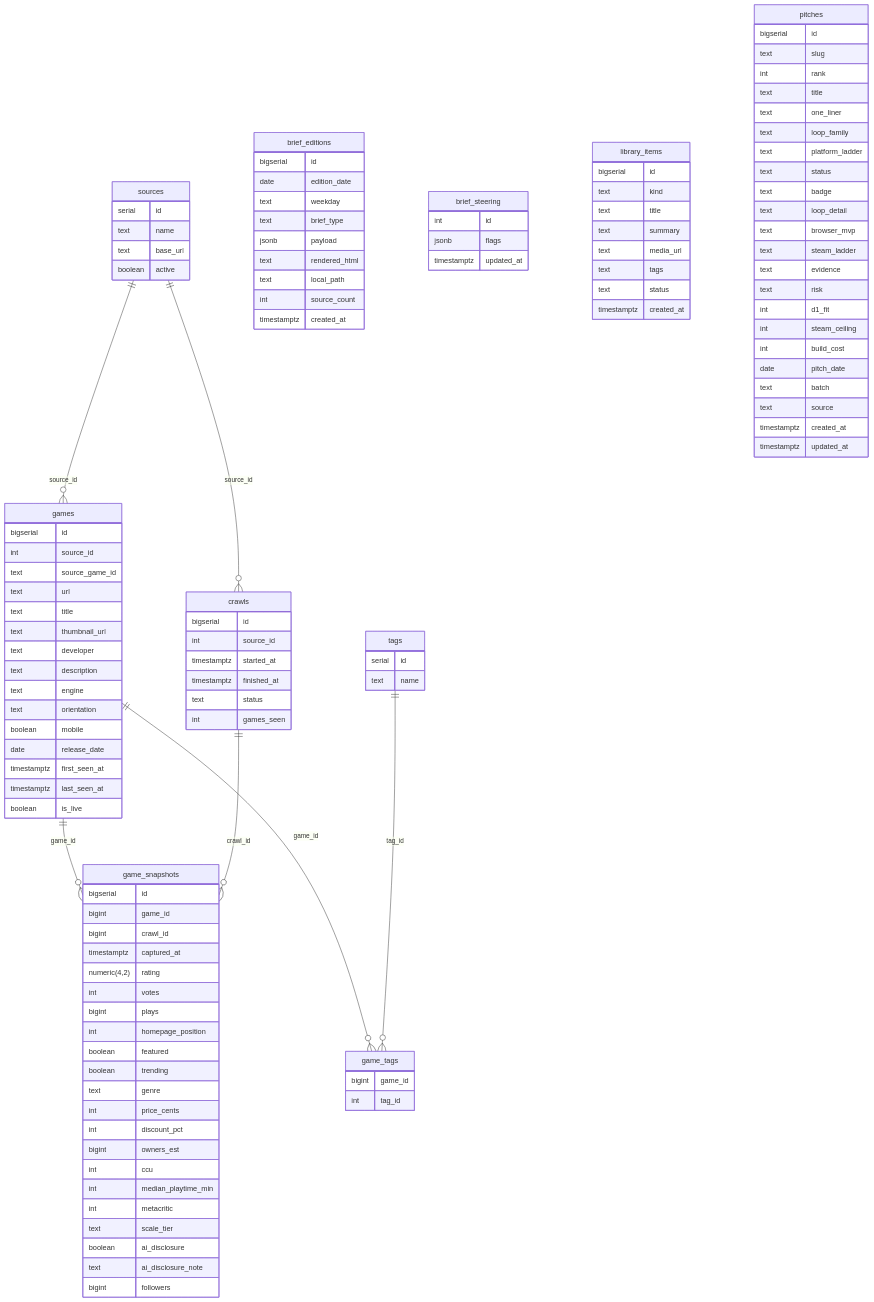
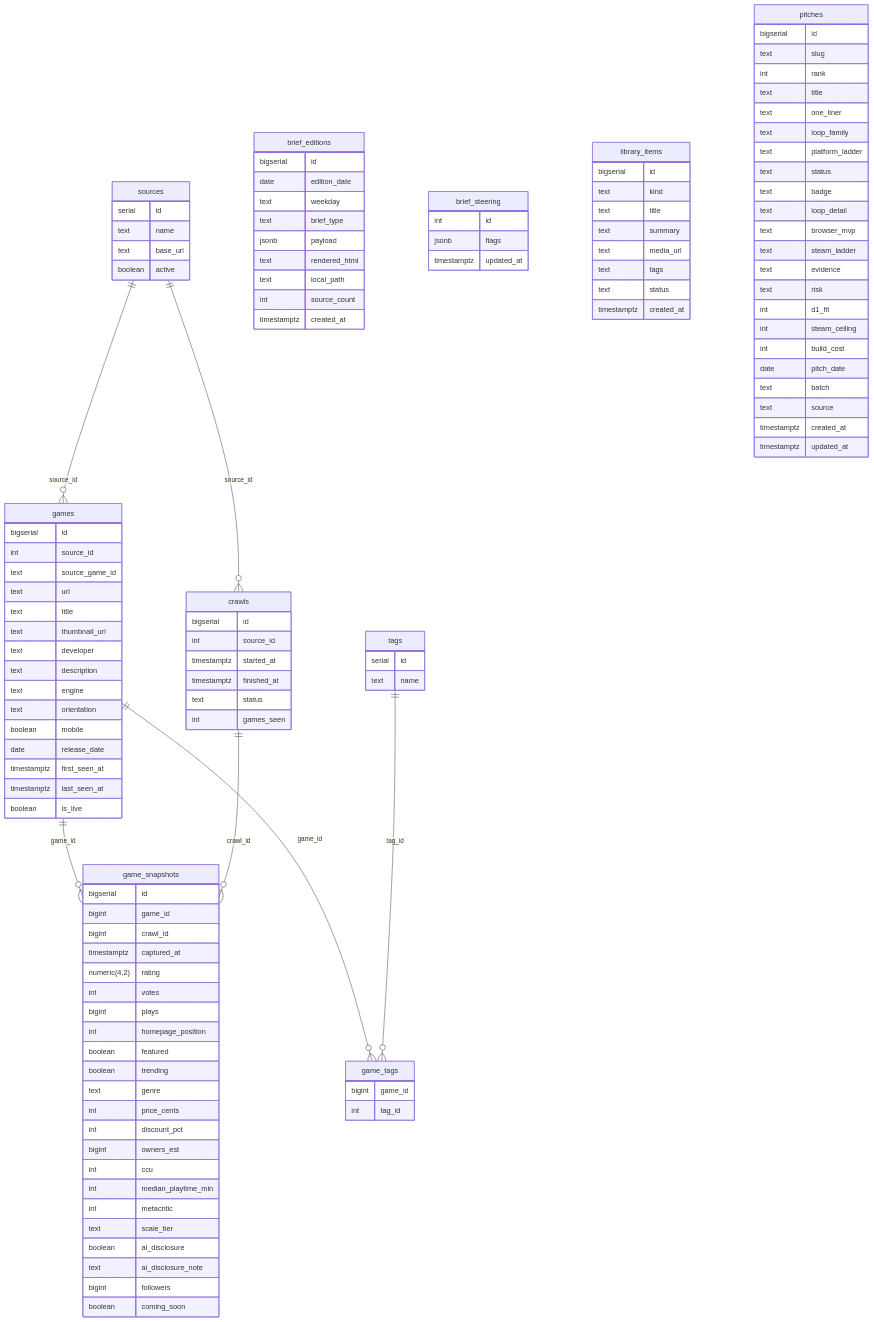
Before and after one commit to ry4nch1n/KAIROS: the diagram in docs/reference/schema.md, drawn with Mermaid. The commit also changed other lines of this file and 7 other files, not shown here.

```diff
--- a/docs/reference/schema.md
+++ b/docs/reference/schema.md
@@ -72,6 +72,7 @@
     boolean ai_disclosure
     text ai_disclosure_note
     bigint followers
+    boolean coming_soon
   }
   tags {
     serial id
```
